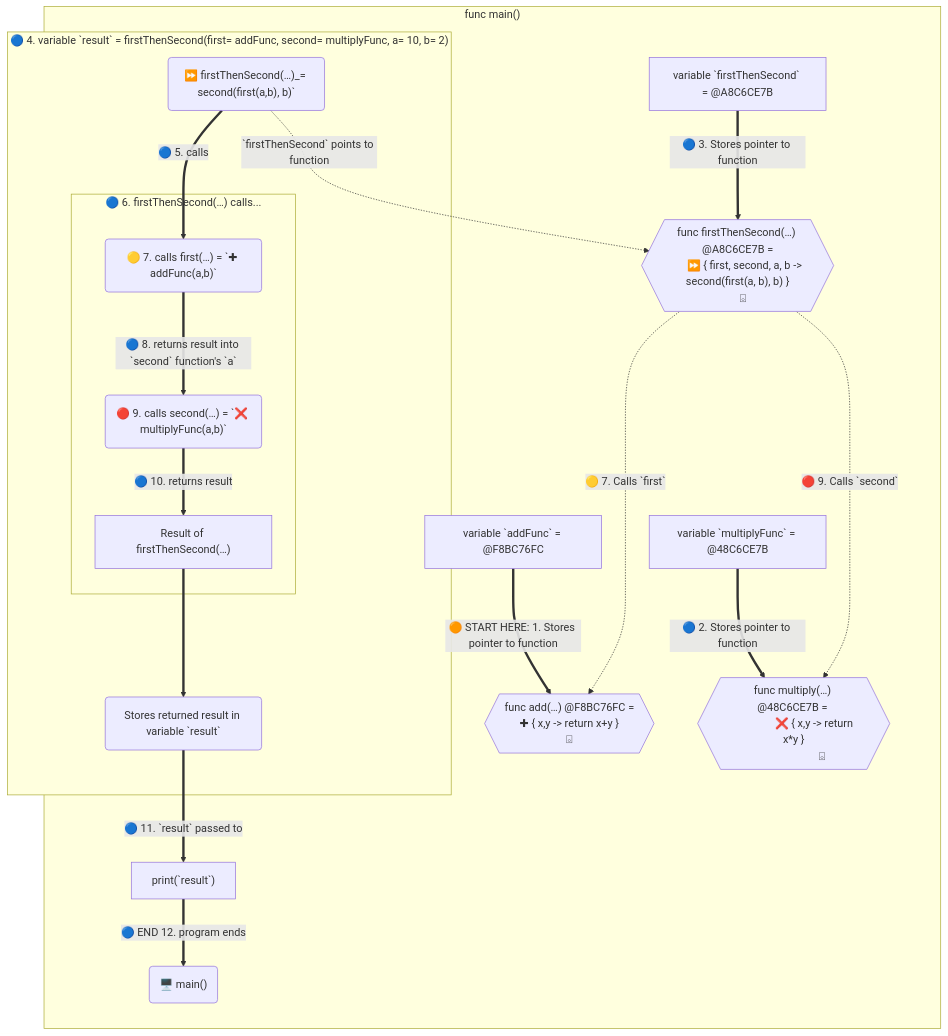
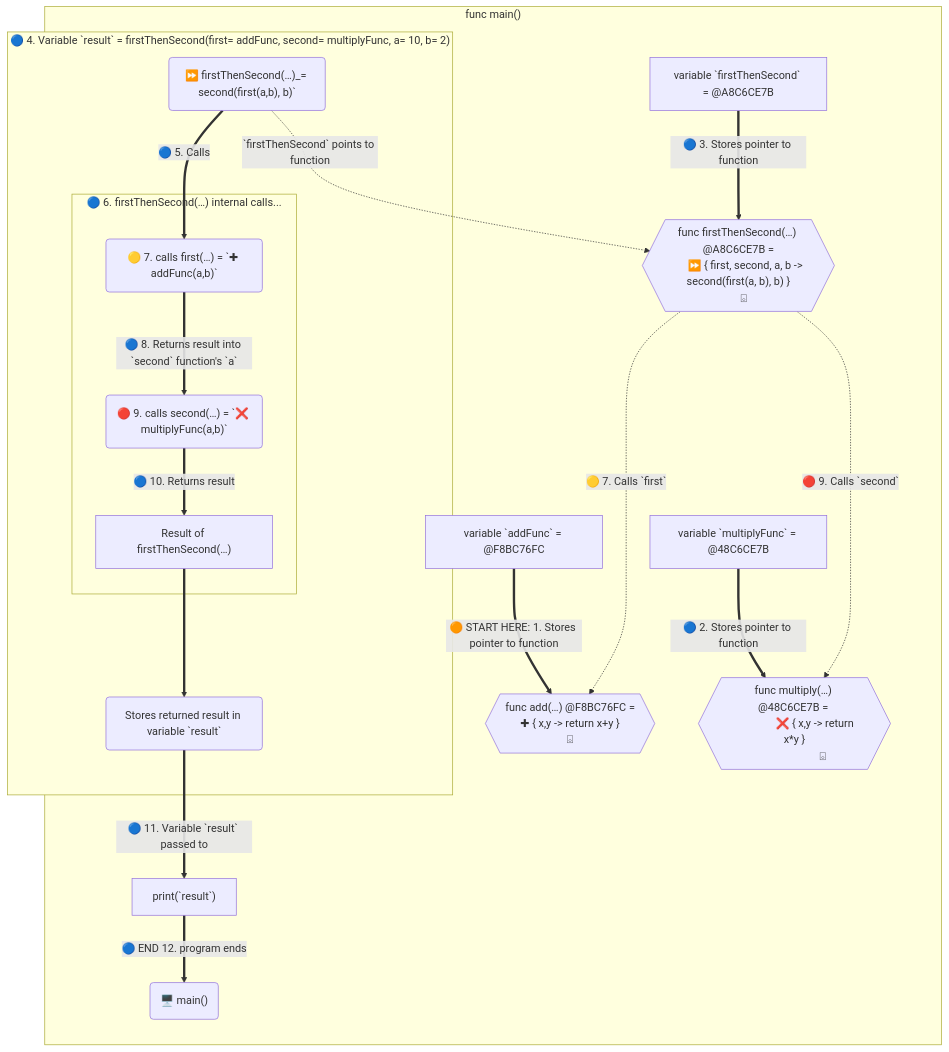
One commit to realityexpander/How_to_program_from_ground_up changed the second of 2 diagrams in 10-FunctionalProgramming.md. Above: the diagram before and after it, drawn with Mermaid.

Commit message:
improve diagram

````diff
--- a/10-FunctionalProgramming.md
+++ b/10-FunctionalProgramming.md
@@ -77,39 +77,39 @@
 ```mermaid
  flowchart BT
  
  subgraph main["func main()"]
     
 
     X["variable `addFunc` = @F8BC76FC"] ==>|🟠 START HERE: 1. Stores pointer to function| addFn{{" func add(…) @F8BC76FC =
     ✚ { x,y -> return x+y }
     ⌺"}}
     Y["variable `multiplyFunc` = @48C6CE7B"] ==>|🔵 2. Stores pointer to function| multiplyFn{{" func multiply(…) @48C6CE7B = 
                 ❌ { x,y -> return x*y }
                      ⌺"}}
     Z["variable `firstThenSecond` = @A8C6CE7B"] ==>|🔵 3. Stores pointer to function| firstThenSecondFunc{{" func firstThenSecond(…) @A8C6CE7B =
       ⏩ { first, second, a, b -> second(first(a, b), b) }
     ⌺"}}
     
 %%    first -..->|`first` points to function| addFn
 %%    second -...->|`second` points to function| multiplyFn
     D -.->|`firstThenSecond` points to function| firstThenSecondFunc
     firstThenSecondFunc -...->|🟡 7. Calls `first`| addFn
     firstThenSecondFunc -...->|🔴 9. Calls `second`| multiplyFn
     
-    subgraph result["🔵 4. variable `result` = firstThenSecond(first= addFunc, second= multiplyFunc, a= 10, b= 2)"]
+    subgraph result["🔵 4. Variable `result` = firstThenSecond(first= addFunc, second= multiplyFunc, a= 10, b= 2)"]
        resultInner["Result of firstThenSecond(…)"] ==> E
-       D("⏩ firstThenSecond(…)_= second(first(a,b), b)`") ==>|🔵 5. calls| first
-       subgraph firstThenSecond[" 🔵 6. firstThenSecond(…) calls..."]
-          first("🟡 7. calls first(…) = `✚ addFunc(a,b)`")==>|🔵 8. returns result into `second` function's `a` | second
+       D("⏩ firstThenSecond(…)_= second(first(a,b), b)`") ==>|🔵 5. Calls| first
+       subgraph firstThenSecond[" 🔵 6. firstThenSecond(…) internal calls..."]
+          first("🟡 7. calls first(…) = `✚ addFunc(a,b)`")==>|🔵 8. Returns result into `second` function's `a` | second
 %%          second("calls second(…) = `❌ multiplyFunc(a,b)`") ==>|🔵 6. returns result| D
-          second("🔴 9. calls second(…) = `❌ multiplyFunc(a,b)`") ==>|🔵 10. returns result| resultInner
+          second("🔴 9. calls second(…) = `❌ multiplyFunc(a,b)`") ==>|🔵 10. Returns result| resultInner
           
        end
     end
-    E("Stores returned result in variable `result`") ==>|🔵 11. `result` passed to| F
+    E("Stores returned result in variable `result`") ==>|🔵 11. Variable `result` passed to| F
     F["print(`result`)"]==>|🔵 END 12. program ends| G
  end
  G("🖥️ main()")
  
  
  ```
````
